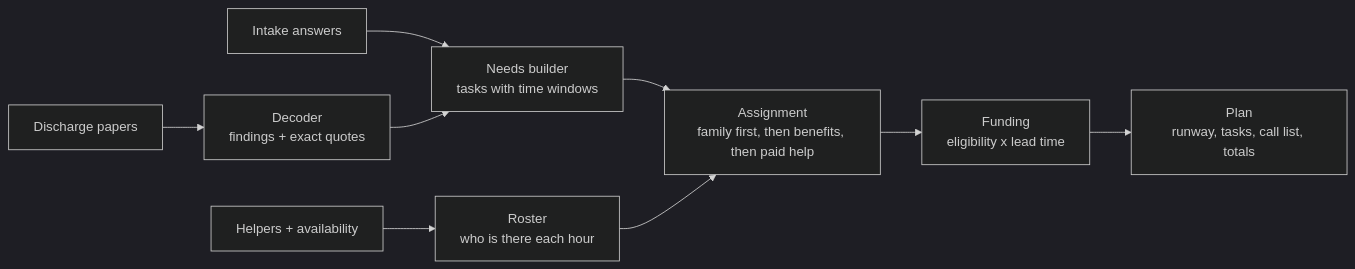
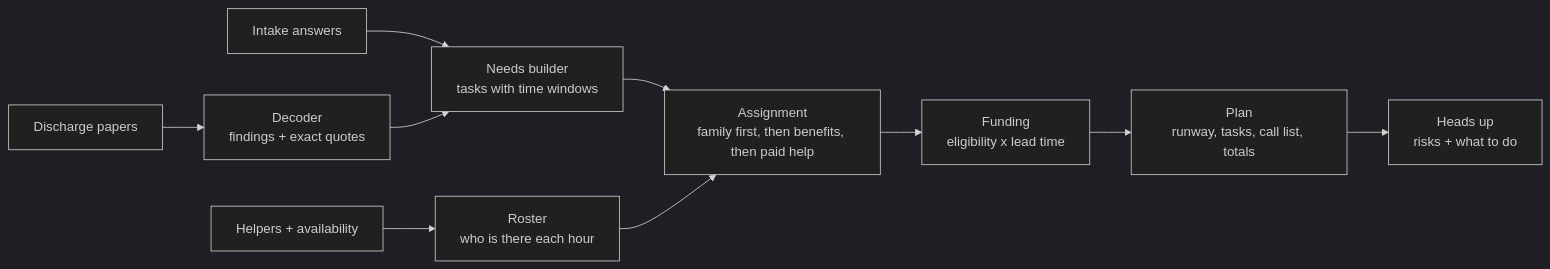
One commit to Ibaadkhatib24/First72Hours changed the diagram in README.md. Above: the diagram before and after it, drawn with Mermaid (dark theme). The commit also changed other lines of this file and 27 other files, not shown here.

````diff
--- a/README.md
+++ b/README.md
@@ -105,11 +141,12 @@
 ```mermaid
 flowchart LR
   P[Discharge papers] --> D[Decoder<br/>findings + exact quotes]
   I[Intake answers] --> N
   D --> N[Needs builder<br/>tasks with time windows]
   C[Helpers + availability] --> R[Roster<br/>who is there each hour]
   N --> A[Assignment<br/>family first, then benefits, then paid help]
   R --> A
   A --> F[Funding<br/>eligibility x lead time]
   F --> O[Plan<br/>runway, tasks, call list, totals]
+  O --> H[Heads up<br/>risks + what to do]
 ```
````
